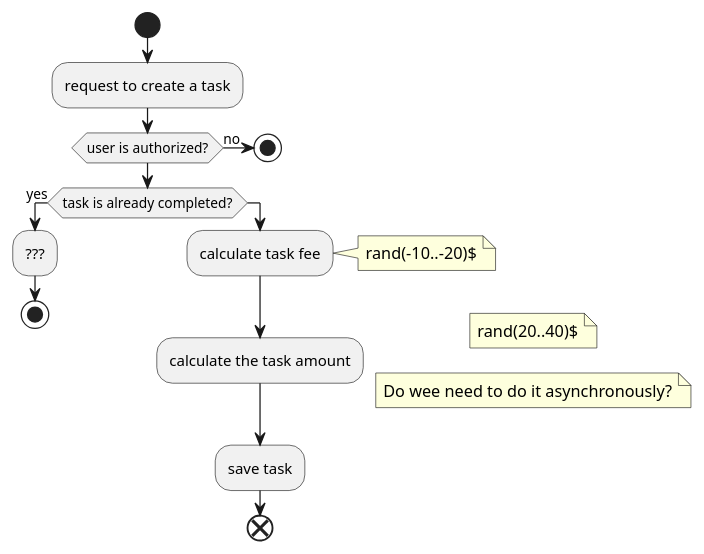
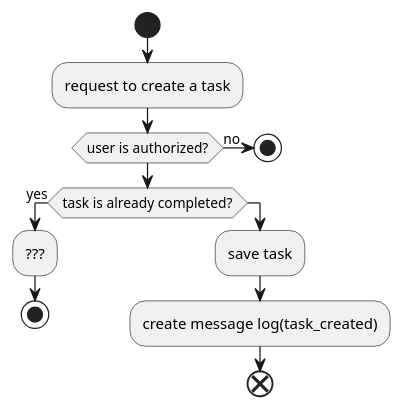
The diagram in diagrams/create_task.plantuml (ximyro/async_architecture_course), drawn with PlantUML before and after one commit. The commit also changed 14 other files, not shown here.

```diff
--- a/diagrams/create_task.plantuml
+++ b/diagrams/create_task.plantuml
@@ -1,25 +1,15 @@
 @startuml Create task
     start
     :request to create a task;
     if (user is authorized?) then(no)
         stop
     endif
     if (task is already completed?) then(yes)
         :???;
         stop
     else
-        :calculate task fee;
-        note right
-            rand(-10..-20)$
-        end note
-        :calculate the task amount;
-        note right
-            rand(20..40)$
-        end note
-        note right
-            Do wee need to do it asynchronously?
-        end note
         :save task;
+        :create message log(task_created);
         end
     endif
 @enduml
```
